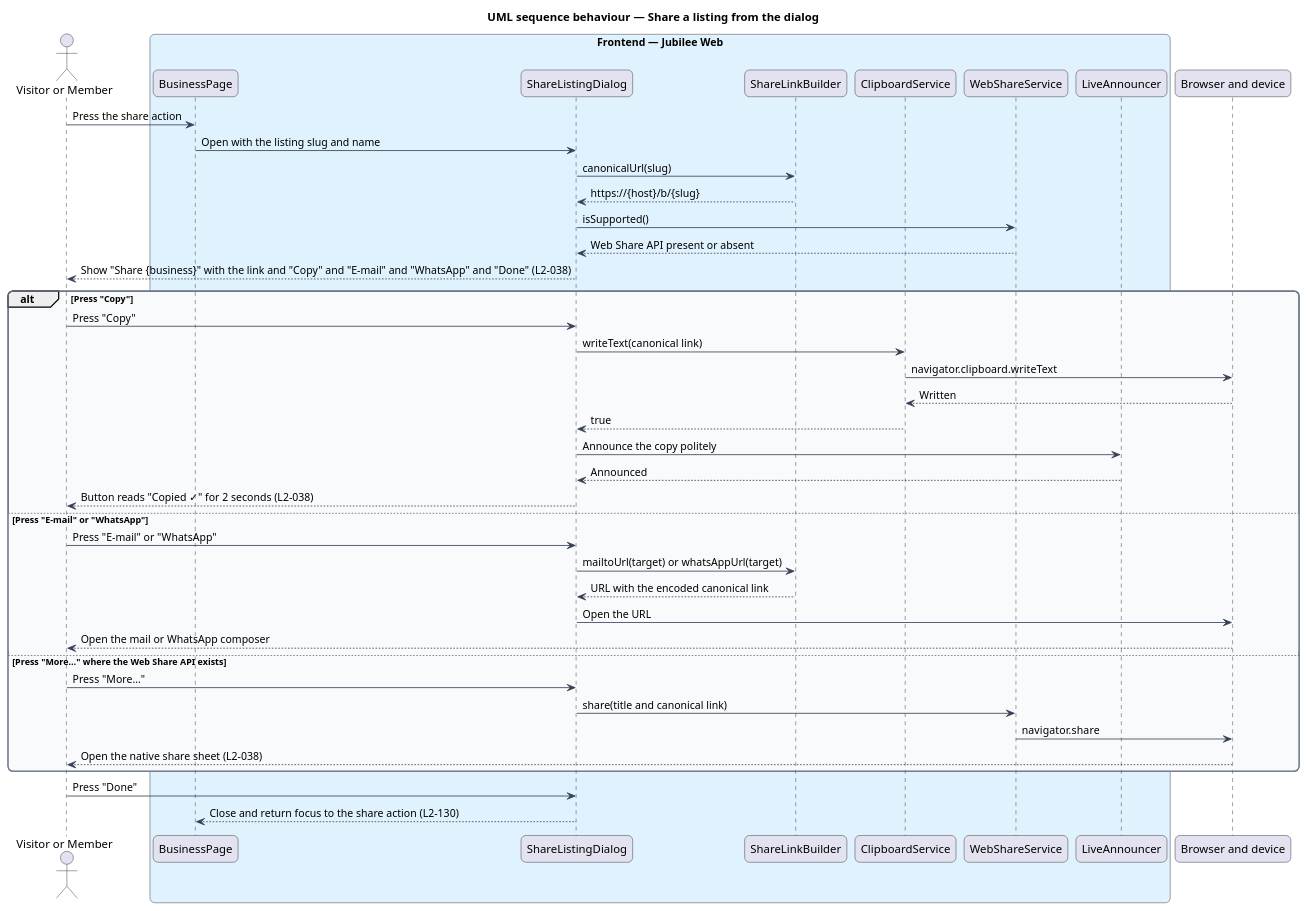
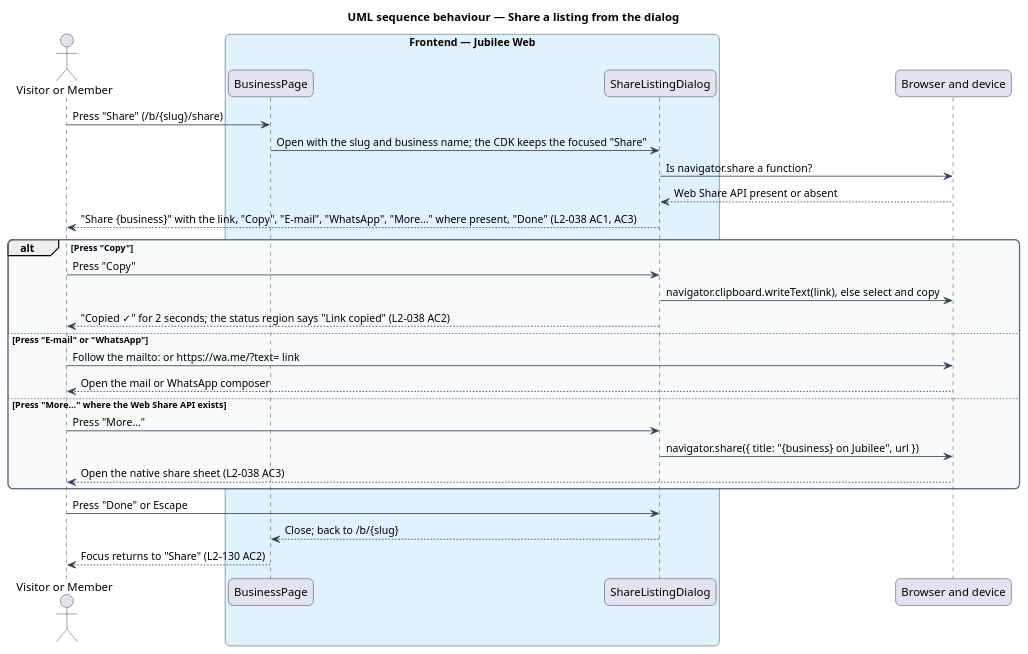
Before and after one commit to QuinntyneBrown/jubilee: the diagram in docs/detailed-designs/listings/share-listing/diagrams/sequence-share-listing.puml, drawn with PlantUML. The commit also changed 25 other files, not shown here.

```diff
--- a/docs/detailed-designs/listings/share-listing/diagrams/sequence-share-listing.puml
+++ b/docs/detailed-designs/listings/share-listing/diagrams/sequence-share-listing.puml
@@ -1,57 +1,43 @@
 @startuml
 title UML sequence behaviour — Share a listing from the dialog
 skinparam backgroundColor #FFFFFF
 skinparam shadowing false
 skinparam roundcorner 12
 skinparam defaultFontName Arial
 skinparam ArrowColor #344054
 skinparam rectangle {
   BorderColor #344054
   FontColor #101828
 }
 skinparam package {
   BorderColor #667085
   FontColor #101828
   BackgroundColor #F9FAFB
 }
 actor "Visitor or Member" as actor
 box "Frontend — Jubilee Web" #E0F2FE
   participant "BusinessPage" as page
   participant "ShareListingDialog" as dialog
-  participant "ShareLinkBuilder" as builder
-  participant "ClipboardService" as clip
-  participant "WebShareService" as share
-  participant "LiveAnnouncer" as announce
 end box
 participant "Browser and device" as device
-actor -> page : Press the share action
-page -> dialog : Open with the listing slug and name
-dialog -> builder : canonicalUrl(slug)
-builder --> dialog : https://{host}/b/{slug}
-dialog -> share : isSupported()
-share --> dialog : Web Share API present or absent
-dialog --> actor : Show "Share {business}" with the link and "Copy" and "E-mail" and "WhatsApp" and "Done" (L2-038)
+actor -> page : Press "Share" (/b/{slug}/share)
+page -> dialog : Open with the slug and business name; the CDK keeps the focused "Share"
+dialog -> device : Is navigator.share a function?
+device --> dialog : Web Share API present or absent
+dialog --> actor : "Share {business}" with the link, "Copy", "E-mail", "WhatsApp", "More…" where present, "Done" (L2-038 AC1, AC3)
 alt Press "Copy"
   actor -> dialog : Press "Copy"
-  dialog -> clip : writeText(canonical link)
-  clip -> device : navigator.clipboard.writeText
-  device --> clip : Written
-  clip --> dialog : true
-  dialog -> announce : Announce the copy politely
-  announce --> dialog : Announced
-  dialog --> actor : Button reads "Copied ✓" for 2 seconds (L2-038)
+  dialog -> device : navigator.clipboard.writeText(link), else select and copy
+  dialog --> actor : "Copied ✓" for 2 seconds; the status region says "Link copied" (L2-038 AC2)
 else Press "E-mail" or "WhatsApp"
-  actor -> dialog : Press "E-mail" or "WhatsApp"
-  dialog -> builder : mailtoUrl(target) or whatsAppUrl(target)
-  builder --> dialog : URL with the encoded canonical link
-  dialog -> device : Open the URL
+  actor -> device : Follow the mailto: or https://wa.me/?text= link
   device --> actor : Open the mail or WhatsApp composer
 else Press "More…" where the Web Share API exists
   actor -> dialog : Press "More…"
-  dialog -> share : share(title and canonical link)
-  share -> device : navigator.share
-  device --> actor : Open the native share sheet (L2-038)
+  dialog -> device : navigator.share({ title: "{business} on Jubilee", url })
+  device --> actor : Open the native share sheet (L2-038 AC3)
 end
-actor -> dialog : Press "Done"
-dialog --> page : Close and return focus to the share action (L2-130)
+actor -> dialog : Press "Done" or Escape
+dialog --> page : Close; back to /b/{slug}
+page --> actor : Focus returns to "Share" (L2-130 AC2)
 @enduml
```
